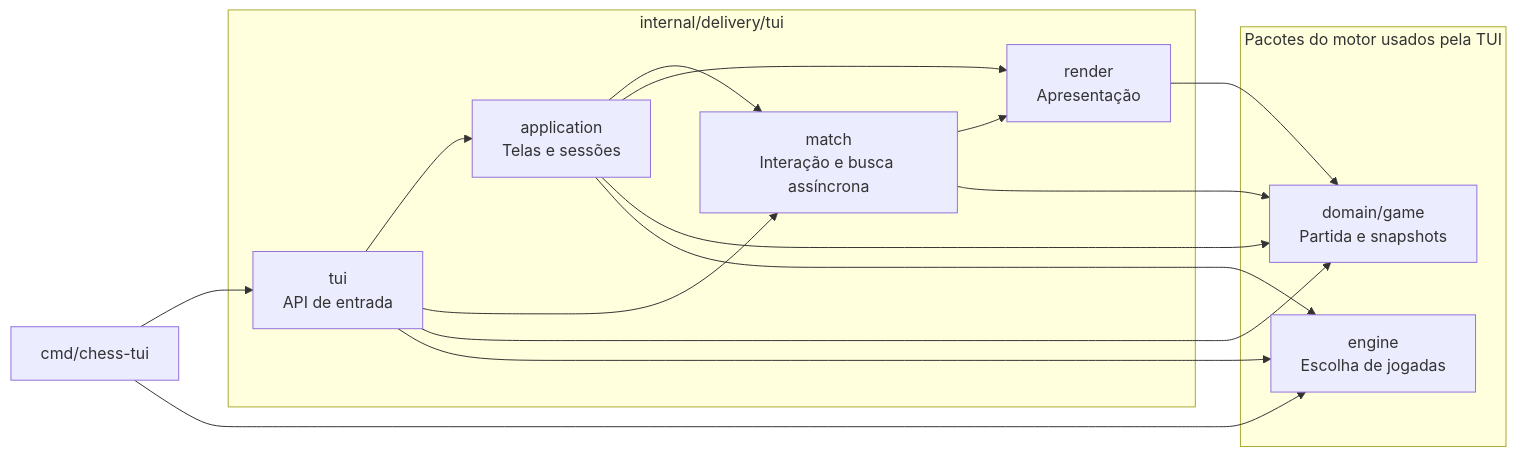
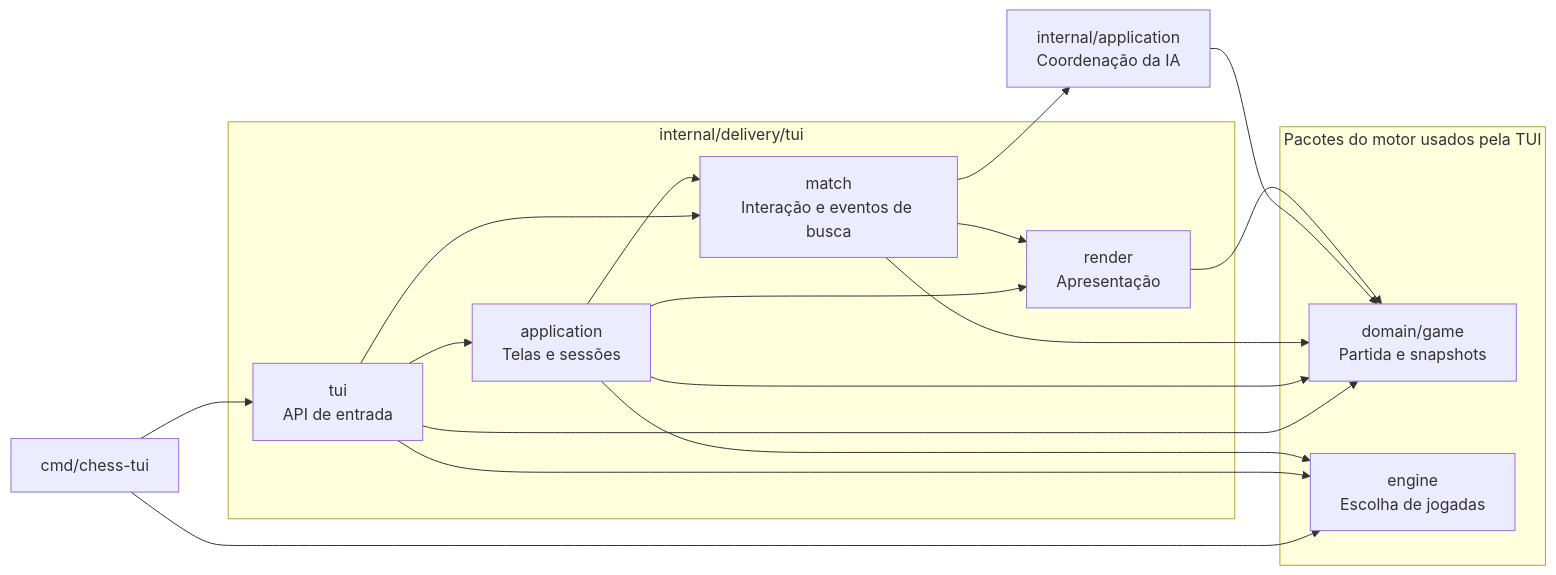
One commit to gabrzb/chess-go changed the first of 2 diagrams in README.md. Above: the diagram before and after it, drawn with Mermaid. The commit also changed other lines of this file and 12 other files, not shown here.

````diff
--- a/README.md
+++ b/README.md
@@ -145,30 +150,34 @@
 ```mermaid
 flowchart LR
     cli["cmd/chess-tui"]
 
     subgraph ui["internal/delivery/tui"]
         entry["tui<br/>API de entrada"]
         application["application<br/>Telas e sessões"]
-        match["match<br/>Interação e busca assíncrona"]
+        match["match<br/>Interação e eventos de busca"]
         render["render<br/>Apresentação"]
     end
+
+    coordinator["internal/application<br/>Coordenação da IA"]
 
     subgraph engine["Pacotes do motor usados pela TUI"]
         game["domain/game<br/>Partida e snapshots"]
         ai["engine<br/>Escolha de jogadas"]
     end
 
     cli --> entry
     cli --> ai
     entry --> application
     entry --> match
     entry --> game
     entry --> ai
     application --> match
     application --> render
     application --> game
     application --> ai
     match --> render
     match --> game
+    match --> coordinator
+    coordinator --> game
     render --> game
 ```
````
